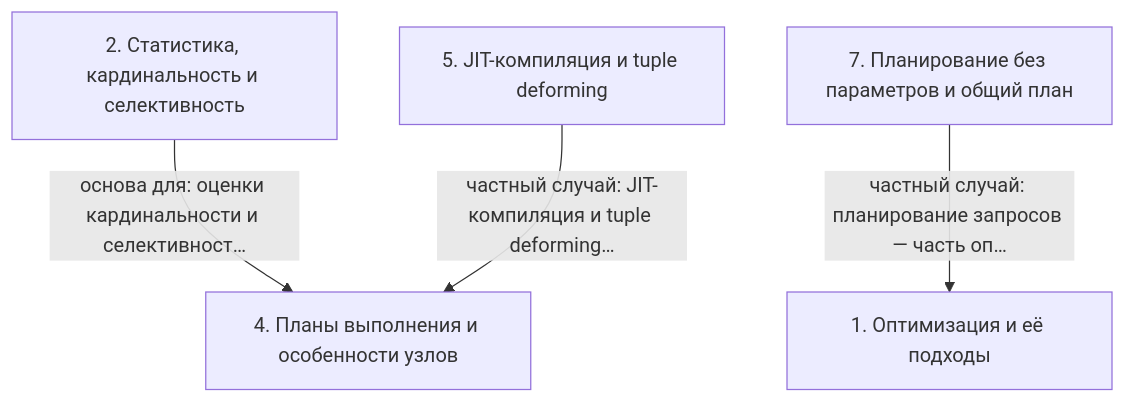
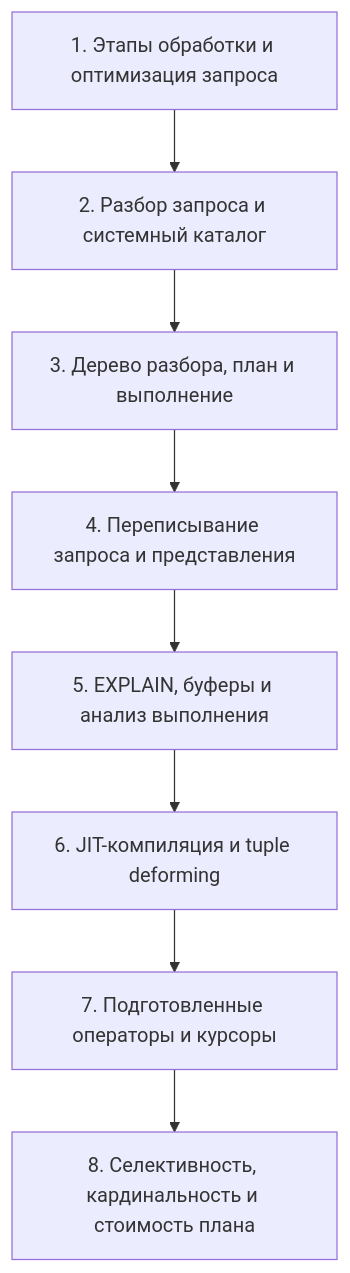
One commit to AsoloCode/notes changed the diagram in postgres-qpt/03 - QPT-16. 02. Планирование и выполнение/notes.md. Above: the diagram before and after it, drawn with Mermaid. The commit also changed other lines of this file and 503 other files, not shown here.

First line of the commit message:
Обновить конспекты PostgreSQL (QPT-16, DEV1-16): слайды, схемы, факт-чек

````diff
--- a/postgres-qpt/03 - QPT-16. 02. Планирование и выполнение/notes.md
+++ b/postgres-qpt/03 - QPT-16. 02. Планирование и выполнение/notes.md
@@ -103,11 +398,18 @@
 ```mermaid
 flowchart TD
-    n1["1. Оптимизация и её подходы"]
-    n2["2. Статистика, кардинальность и селективность"]
-    n4["4. Планы выполнения и особенности узлов"]
-    n5["5. JIT-компиляция и tuple deforming"]
-    n7["7. Планирование без параметров и общий план"]
-    n2 -->|основа для: оценки кардинальности и селективност…| n4
-    n5 -->|частный случай: JIT-компиляция и tuple deforming…| n4
-    n7 -->|частный случай: планирование запросов — часть оп…| n1
+    n1["1. Этапы обработки и оптимизация запроса"]
+    n2["2. Разбор запроса и системный каталог"]
+    n3["3. Дерево разбора, план и выполнение"]
+    n4["4. Переписывание запроса и представления"]
+    n5["5. EXPLAIN, буферы и анализ выполнения"]
+    n6["6. JIT-компиляция и tuple deforming"]
+    n7["7. Подготовленные операторы и курсоры"]
+    n8["8. Селективность, кардинальность и стоимость плана"]
+    n1 --> n2
+    n2 --> n3
+    n3 --> n4
+    n4 --> n5
+    n5 --> n6
+    n6 --> n7
+    n7 --> n8
 ```
````
